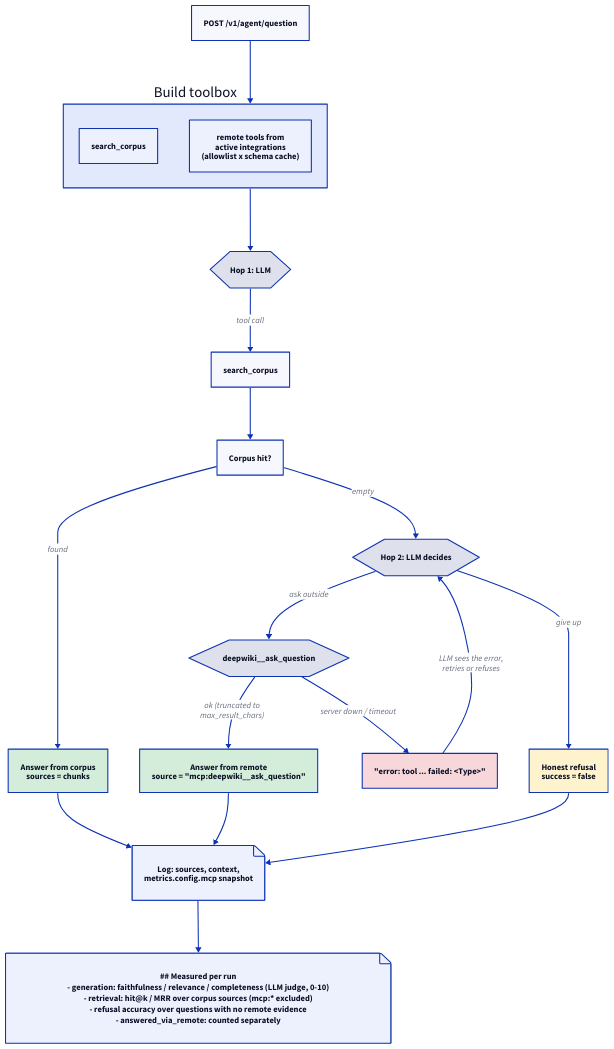
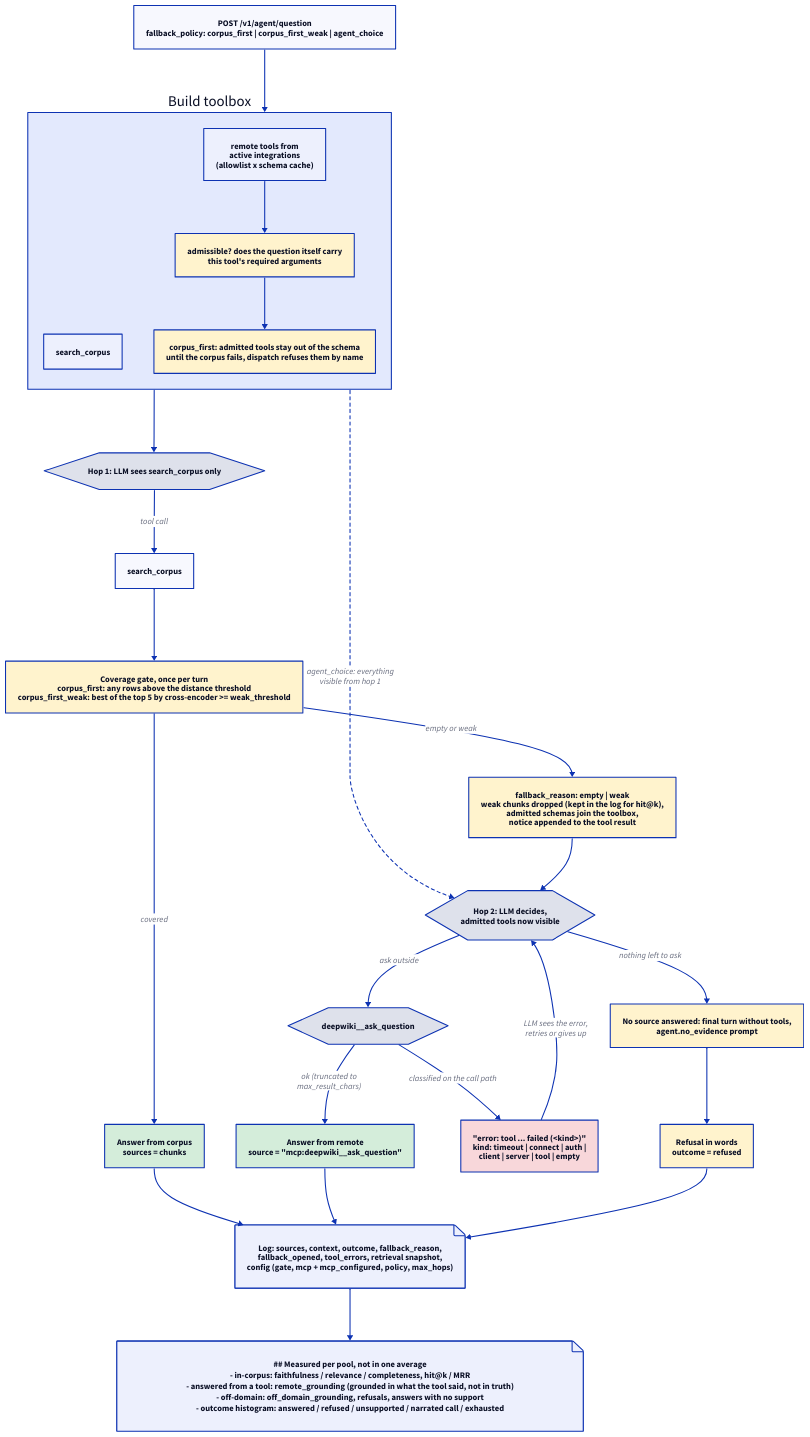
Before and after one commit to rikitikitav1/rag-lab: the diagram in docs/diagrams/agent_flow.d2, drawn with D2. The commit also changed 3 other files, not shown here.

Commit message:
Document the fallback policies, the pool-split metrics and the agent flow

```diff
--- a/docs/diagrams/agent_flow.d2
+++ b/docs/diagrams/agent_flow.d2
@@ -1,57 +1,77 @@
 direction: down
 
-q: POST /v1/agent/question
+q: POST /v1/agent/question\nfallback_policy: corpus_first | corpus_first_weak | agent_choice
 toolbox: Build toolbox {
   static: search_corpus
   remote: remote tools from\nactive integrations\n(allowlist x schema cache)
+  admit: "admissible? does the question itself carry\nthis tool's required arguments" {
+    style.fill: "#fff3cd"
+  }
+  withheld: "corpus_first: admitted tools stay out of the schema\nuntil the corpus fails, dispatch refuses them by name" {
+    style.fill: "#fff3cd"
+  }
+  remote -> admit -> withheld
 }
-hop1: "Hop 1: LLM" {
+hop1: "Hop 1: LLM sees search_corpus only" {
   shape: hexagon
 }
 search: search_corpus
-hit: Corpus hit?
+gate: "Coverage gate, once per turn\ncorpus_first: any rows above the distance threshold\ncorpus_first_weak: best of the top 5 by cross-encoder >= weak_threshold" {
+  style.fill: "#fff3cd"
+}
 answer_corpus: Answer from corpus\nsources = chunks {
   style.fill: "#d4edda"
 }
-hop2: "Hop 2: LLM decides" {
+open: "fallback_reason: empty | weak\nweak chunks dropped (kept in the log for hit@k),\nadmitted schemas join the toolbox,\nnotice appended to the tool result" {
+  style.fill: "#fff3cd"
+}
+hop2: "Hop 2: LLM decides,\nadmitted tools now visible" {
   shape: hexagon
 }
 remote_call: "deepwiki__ask_question" {
   shape: hexagon
 }
 remote_ok: Answer from remote\nsource = "mcp:deepwiki__ask_question" {
   style.fill: "#d4edda"
 }
-remote_err: "\"error: tool ... failed: <Type>\"" {
+remote_err: "\"error: tool ... failed (<kind>)\"\nkind: timeout | connect | auth |\nclient | server | tool | empty" {
   style.fill: "#f8d7da"
 }
-refuse: Honest refusal\nsuccess = false {
+no_evidence: "No source answered: final turn without tools,\nagent.no_evidence prompt" {
   style.fill: "#fff3cd"
 }
-log: "Log: sources, context,\nmetrics.config.mcp snapshot" {
+refuse: "Refusal in words\noutcome = refused" {
+  style.fill: "#fff3cd"
+}
+log: "Log: sources, context, outcome, fallback_reason,\nfallback_opened, tool_errors, retrieval snapshot,\nconfig (gate, mcp + mcp_configured, policy, max_hops)" {
   shape: page
 }
 metrics: |md
-  ## Measured per run
-  - generation: faithfulness / relevance / completeness (LLM judge, 0-10)
-  - retrieval: hit@k / MRR over corpus sources (mcp:* excluded)
-  - refusal accuracy over questions with no remote evidence
-  - answered_via_remote: counted separately
+  ## Measured per pool, not in one average
+  - in-corpus: faithfulness / relevance / completeness, hit@k / MRR
+  - answered from a tool: remote_grounding (grounded in what the tool said, not in truth)
+  - off-domain: off_domain_grounding, refusals, answers with no support
+  - outcome histogram: answered / refused / unsupported / narrated call / exhausted
 | {
   shape: page
 }
 
 q -> toolbox -> hop1
+toolbox -> hop2: "agent_choice: everything\nvisible from hop 1" {
+  style.stroke-dash: 3
+}
 hop1 -> search: tool call
-search -> hit
-hit -> answer_corpus: found
-hit -> hop2: empty
+search -> gate
+gate -> answer_corpus: covered
+gate -> open: empty or weak
+open -> hop2
 hop2 -> remote_call: ask outside
-hop2 -> refuse: give up
+hop2 -> no_evidence: nothing left to ask
 remote_call -> remote_ok: ok (truncated to\nmax_result_chars)
-remote_call -> remote_err: server down / timeout
-remote_err -> hop2: LLM sees the error,\nretries or refuses
+remote_call -> remote_err: classified on the call path
+remote_err -> hop2: LLM sees the error,\nretries or gives up
+no_evidence -> refuse
 answer_corpus -> log
 remote_ok -> log
 refuse -> log
 log -> metrics
```
